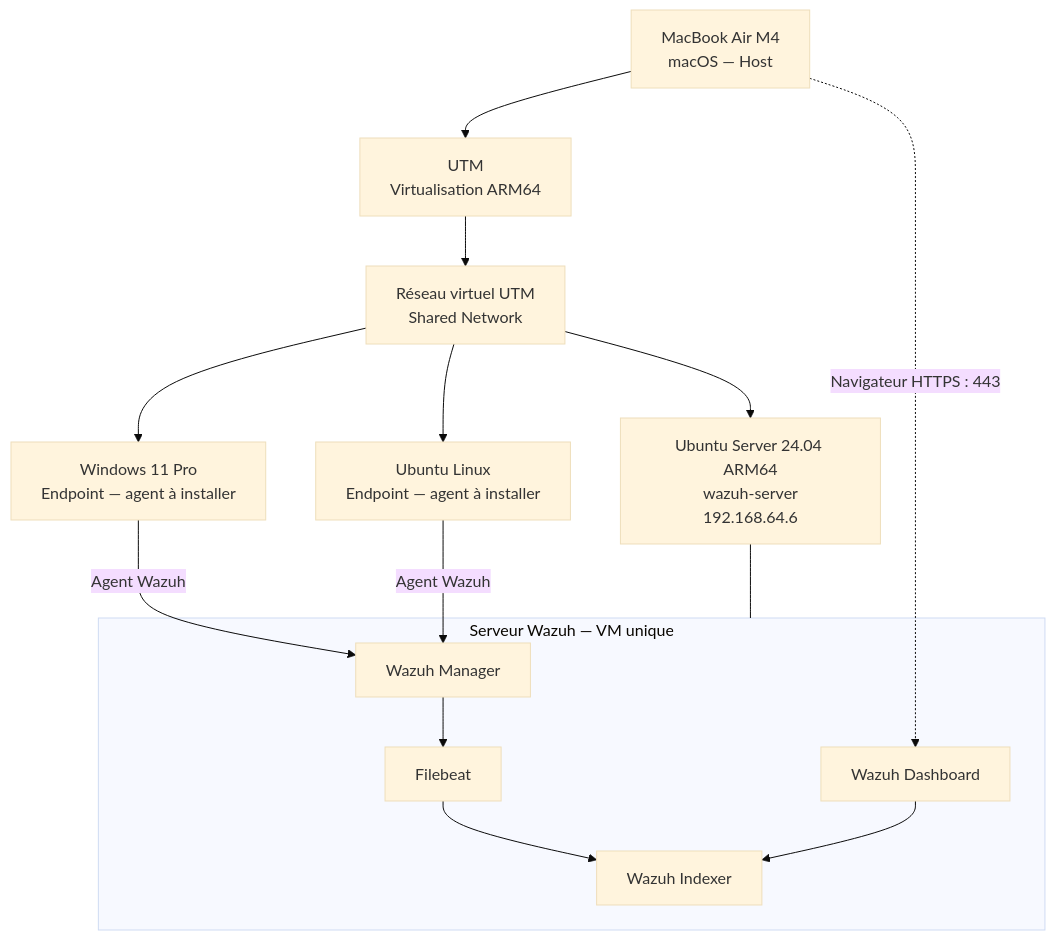
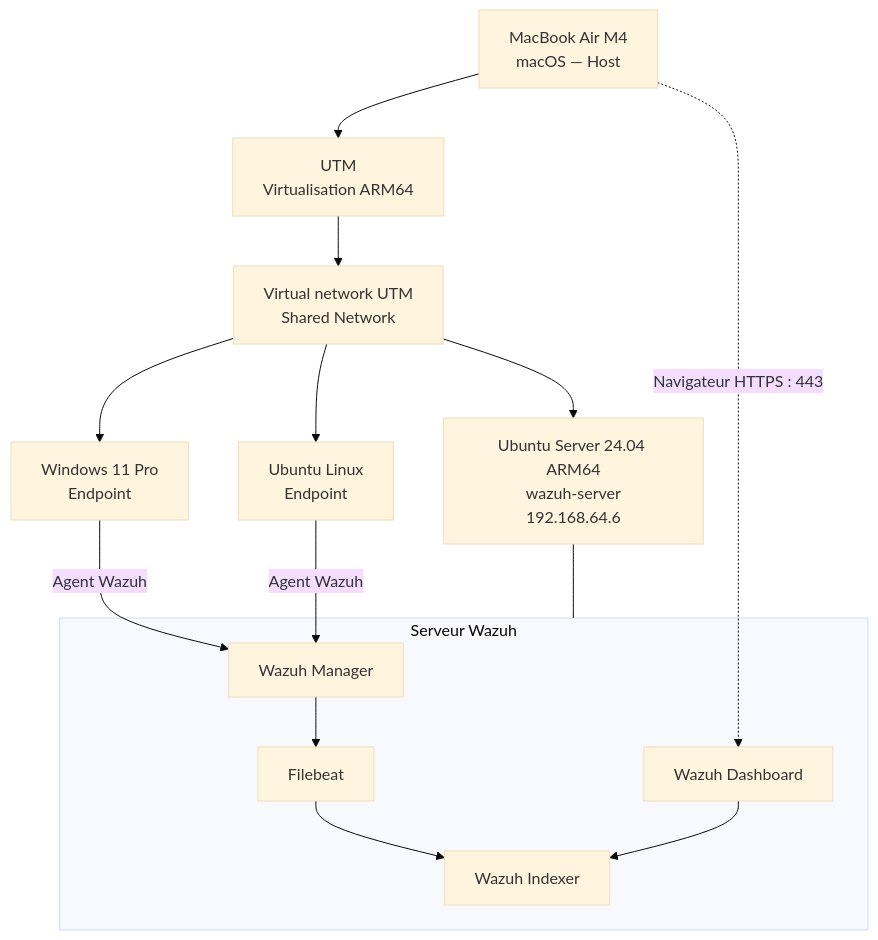
The diagram in diagrams/architecture.mmd (YN211619/soc-lab-windows-linux), drawn with Mermaid (base theme) before and after one commit.

```diff
--- a/diagrams/architecture.mmd
+++ b/diagrams/architecture.mmd
@@ -1,27 +1,27 @@
 flowchart TB
 HOST["MacBook Air M4
 macOS — Host"] --> UTM["UTM
 Virtualisation ARM64"]
-UTM --> NET["Réseau virtuel UTM
+UTM --> NET["Virtual network UTM
 Shared Network"]
 NET --> WAZUH["Ubuntu Server 24.04 ARM64
 wazuh-server
 192.168.64.6"]
 NET --> WIN["Windows 11 Pro
-Endpoint — agent à installer"]
+Endpoint"]
 NET --> LINUX["Ubuntu Linux
-Endpoint — agent à installer"]
+Endpoint"]
 
-subgraph SERVER["Serveur Wazuh — VM unique"]
+subgraph SERVER["Serveur Wazuh"]
 MANAGER["Wazuh Manager"]
 FILEBEAT["Filebeat"]
 INDEXER["Wazuh Indexer"]
 DASH["Wazuh Dashboard"]
 MANAGER --> FILEBEAT --> INDEXER
 DASH --> INDEXER
 end
 
 WAZUH --- SERVER
 WIN -->|"Agent Wazuh"| MANAGER
 LINUX -->|"Agent Wazuh"| MANAGER
 HOST -. "Navigateur HTTPS : 443" .-> DASH
```
